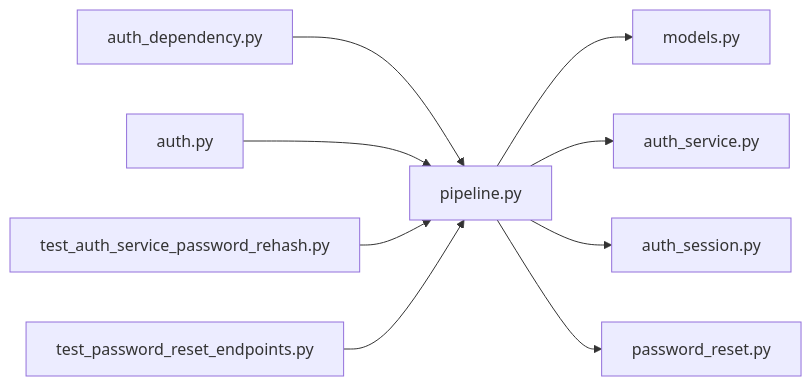
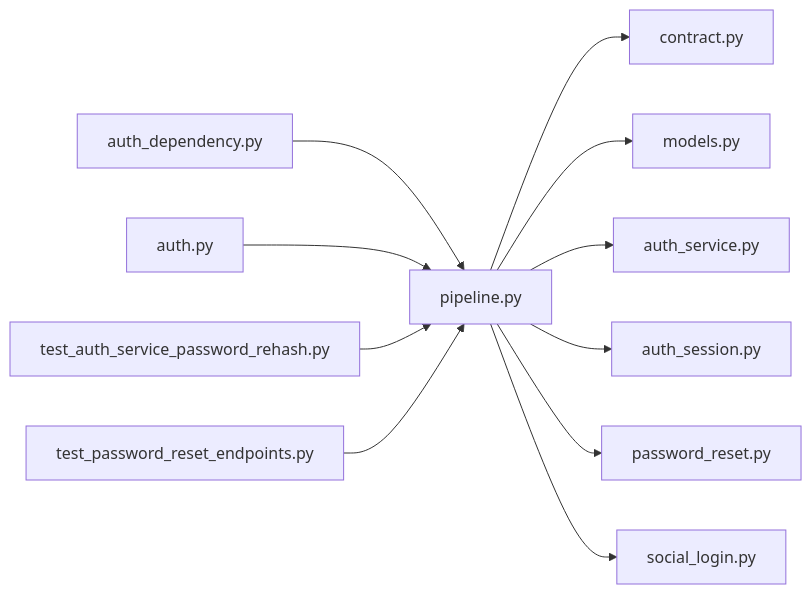
The diagram in .cluedoc/graph/backend/src/backend/services/auth/pipeline.md (minkong-dev/Banblit), drawn with Mermaid before and after one commit. The commit also changed other lines of this file and 29 other files, not shown here.

````diff
--- a/.cluedoc/graph/backend/src/backend/services/auth/pipeline.md
+++ b/.cluedoc/graph/backend/src/backend/services/auth/pipeline.md
@@ -10,12 +10,14 @@
 ```mermaid
 flowchart LR
   backend_src_backend_services_auth_pipeline["pipeline.py"]
+  backend_src_backend_services_auth_pipeline --> backend_src_backend_contract["contract.py"]
   backend_src_backend_services_auth_pipeline --> backend_src_backend_db_models["models.py"]
   backend_src_backend_services_auth_pipeline --> backend_src_backend_services_auth_auth_service["auth_service.py"]
   backend_src_backend_services_auth_pipeline --> backend_src_backend_services_auth_auth_session["auth_session.py"]
   backend_src_backend_services_auth_pipeline --> backend_src_backend_services_auth_password_reset["password_reset.py"]
+  backend_src_backend_services_auth_pipeline --> backend_src_backend_services_auth_social_login["social_login.py"]
   backend_src_backend_api_auth_dependency["auth_dependency.py"] --> backend_src_backend_services_auth_pipeline
   backend_src_backend_api_routers_auth["auth.py"] --> backend_src_backend_services_auth_pipeline
   backend_tests_integration_db_test_auth_service_password_rehash["test_auth_service_password_rehash.py"] --> backend_src_backend_services_auth_pipeline
   backend_tests_integration_db_test_password_reset_endpoints["test_password_reset_endpoints.py"] --> backend_src_backend_services_auth_pipeline
 ```
````
